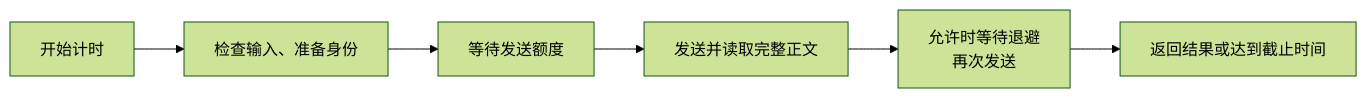
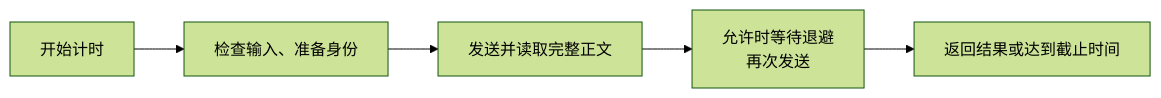
One commit to nonhana/hana-music-api changed the first of 2 diagrams in docs/guide/retry-timeout-resilience.md. Above: the diagram before and after it, drawn with Mermaid (forest theme). The commit also changed other lines of this file and 52 other files, not shown here.

````diff
--- a/docs/guide/retry-timeout-resilience.md
+++ b/docs/guide/retry-timeout-resilience.md
@@ -9,8 +9,7 @@
 ```mermaid
 flowchart LR
   START["开始计时"] --> IDENTITY["检查输入、准备身份"]
-  IDENTITY --> QUEUE["等待发送额度"]
-  QUEUE --> FETCH["发送并读取完整正文"]
+  IDENTITY --> FETCH["发送并读取完整正文"]
   FETCH --> RETRY["允许时等待退避<br/>再次发送"]
   RETRY --> END["返回结果或达到截止时间"]
 ```
````
